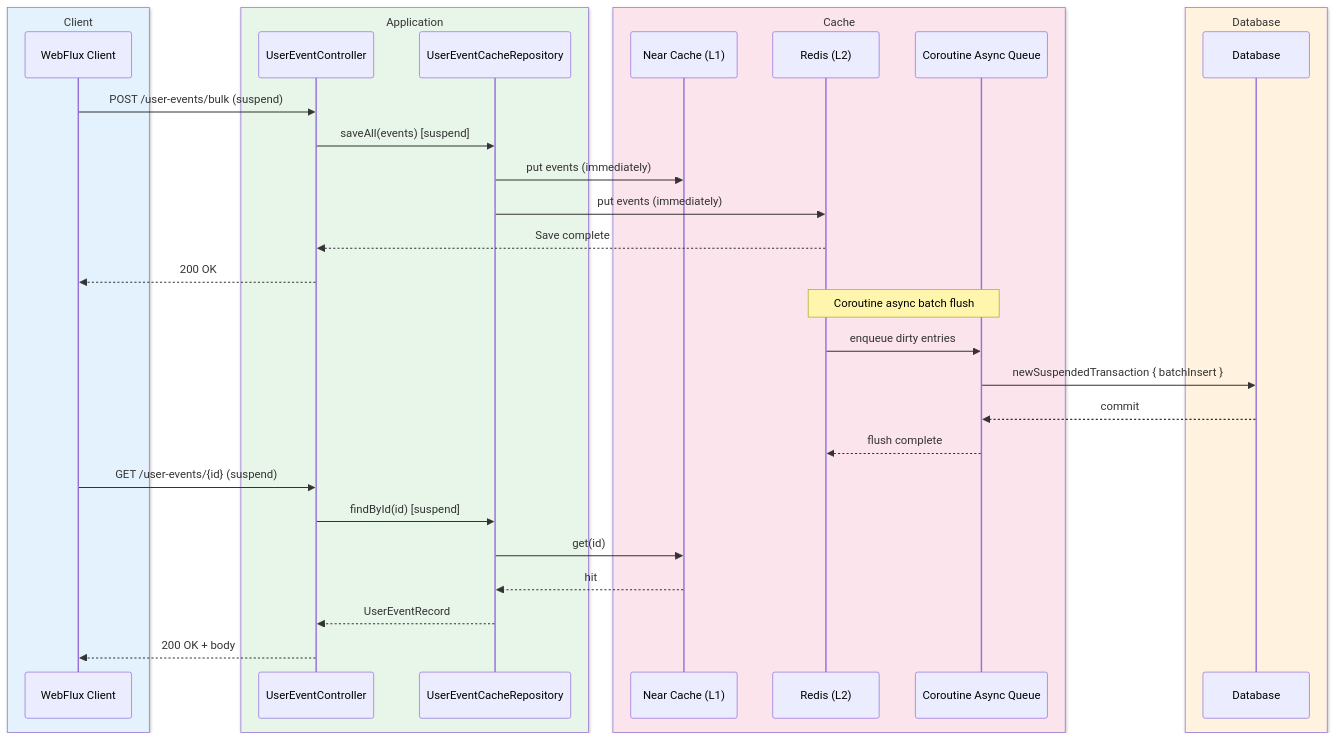
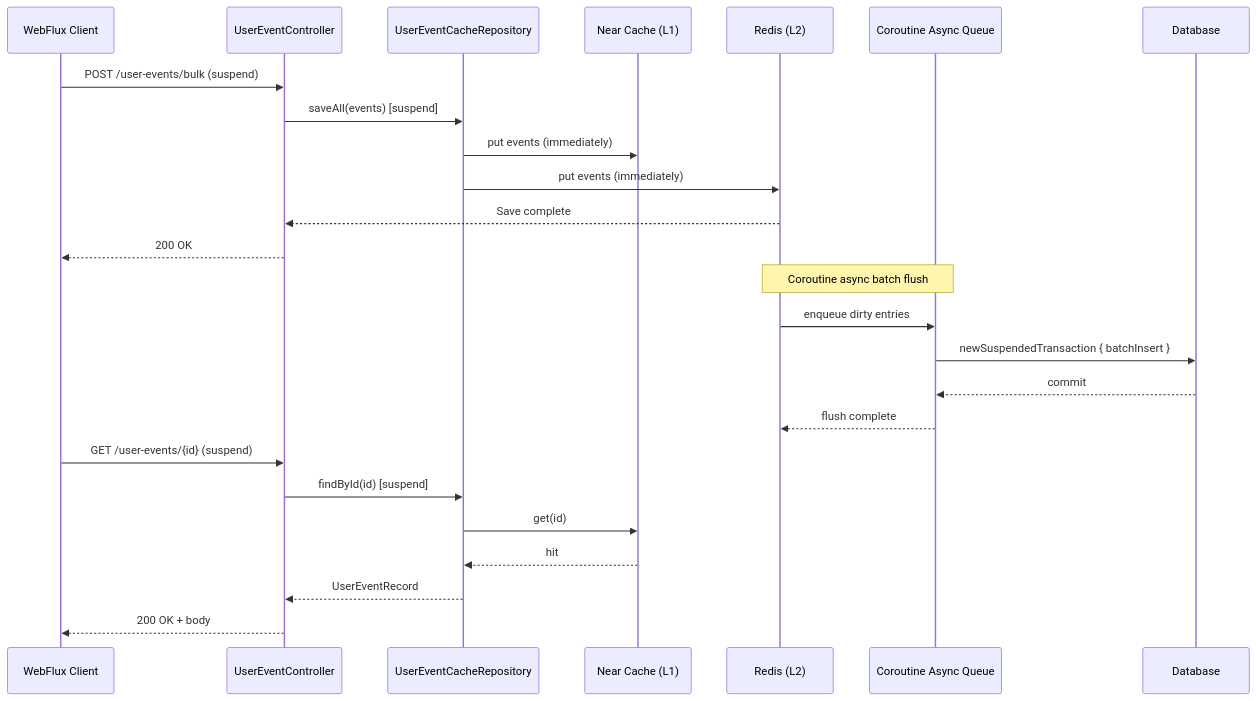
The third of 4 diagrams in 11-high-performance/02-cache-strategies-coroutines/README.md (bluetape4k/exposed-workshop), drawn with Mermaid before and after one commit. The commit also changed other lines of this file and 42 other files, not shown here.

First line of the commit message:
docs: sequence diagram에서 box rgb() 제거 (option 1 - GitHub dark mode 기본 렌더링 사용)

````diff
--- a/11-high-performance/02-cache-strategies-coroutines/README.md
+++ b/11-high-performance/02-cache-strategies-coroutines/README.md
@@ -146,36 +146,28 @@
 ```mermaid
 %%{init: {"theme": "neutral", "themeVariables": {"fontFamily": "'Comic Mono', 'goorm sans code', 'JetBrains Mono', 'goorm sans'"}}}%%
 sequenceDiagram
-    box rgb(227, 242, 253) Client
-        participant C as WebFlux Client
-    end
-    box rgb(232, 245, 233) Application
-        participant Ctrl as UserEventController
-        participant R as UserEventCacheRepository
-    end
-    box rgb(252, 228, 236) Cache
-        participant NC as Near Cache (L1)
-        participant RD as Redis (L2)
-        participant Q as Coroutine Async Queue
-    end
-    box rgb(255, 243, 224) Database
-        participant DB as Database
-    end
+    participant C as WebFlux Client
+    participant Ctrl as UserEventController
+    participant R as UserEventCacheRepository
+    participant NC as Near Cache (L1)
+    participant RD as Redis (L2)
+    participant Q as Coroutine Async Queue
+    participant DB as Database
     C ->> Ctrl: POST /user-events/bulk (suspend)
     Ctrl ->> R: saveAll(events) [suspend]
     R ->> NC: put events (immediately)
     R ->> RD: put events (immediately)
     RD -->> Ctrl: Save complete
     Ctrl -->> C: 200 OK
     Note over RD, Q: Coroutine async batch flush
     RD ->> Q: enqueue dirty entries
     Q ->> DB: newSuspendedTransaction { batchInsert }
     DB -->> Q: commit
     Q -->> RD: flush complete
     C ->> Ctrl: GET /user-events/{id} (suspend)
     Ctrl ->> R: findById(id) [suspend]
     R ->> NC: get(id)
     NC -->> R: hit
     R -->> Ctrl: UserEventRecord
     Ctrl -->> C: 200 OK + body
 ```
````
